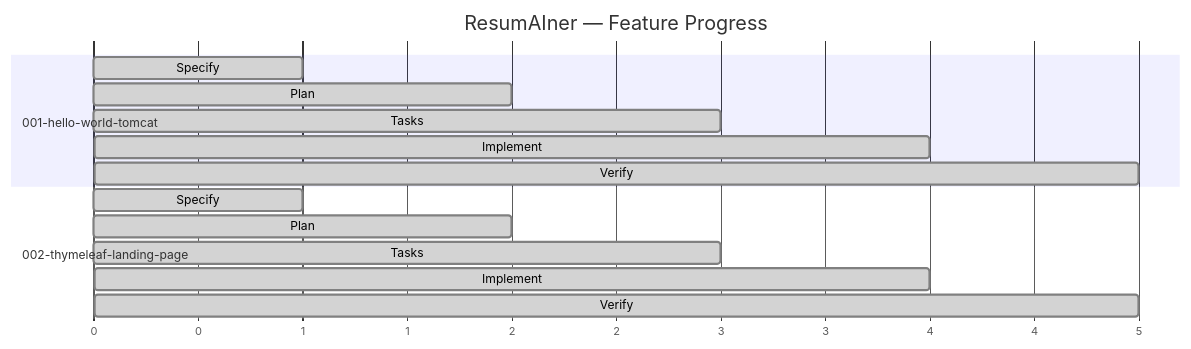
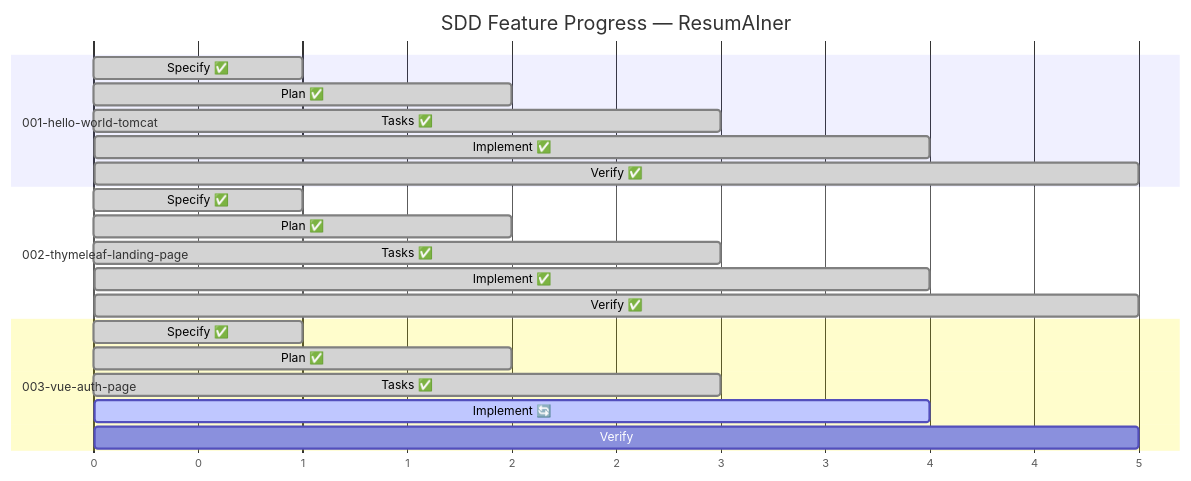
The first of 2 diagrams in specs/status-dashboard.md (Anton-Ch/resumainer-java-vue-web-app), drawn with Mermaid before and after one commit. The commit also changed other lines of this file and 3 other files, not shown here.

````diff
--- a/specs/status-dashboard.md
+++ b/specs/status-dashboard.md
@@ -8,20 +7,27 @@
 ```mermaid
 gantt
-    title ResumAIner — Feature Progress
+    title SDD Feature Progress — ResumAIner
     dateFormat X
     axisFormat %s
 
     section 001-hello-world-tomcat
-    Specify :done, spec1, 0, 1
-    Plan    :done, plan1, 1, 2
-    Tasks   :done, tasks1, 2, 3
-    Implement :done, impl1, 3, 4
-    Verify  :done, veri1, 4, 5
+    Specify ✅     :done, f1s, 0, 1
+    Plan ✅        :done, f1p, 1, 2
+    Tasks ✅       :done, f1t, 2, 3
+    Implement ✅   :done, f1i, 3, 4
+    Verify ✅      :done, f1v, 4, 5
 
     section 002-thymeleaf-landing-page
-    Specify :done, spec2, 0, 1
-    Plan    :done, plan2, 1, 2
-    Tasks   :done, tasks2, 2, 3
-    Implement :done, impl2, 3, 4
-    Verify  :done, veri2, 4, 5
+    Specify ✅     :done, f2s, 0, 1
+    Plan ✅        :done, f2p, 1, 2
+    Tasks ✅       :done, f2t, 2, 3
+    Implement ✅   :done, f2i, 3, 4
+    Verify ✅      :done, f2v, 4, 5
+
+    section 003-vue-auth-page
+    Specify ✅     :done, f3s, 0, 1
+    Plan ✅        :done, f3p, 1, 2
+    Tasks ✅       :done, f3t, 2, 3
+    Implement 🔄  :active, f3i, 3, 4
+    Verify        :f3v, 4, 5
 ```
````
